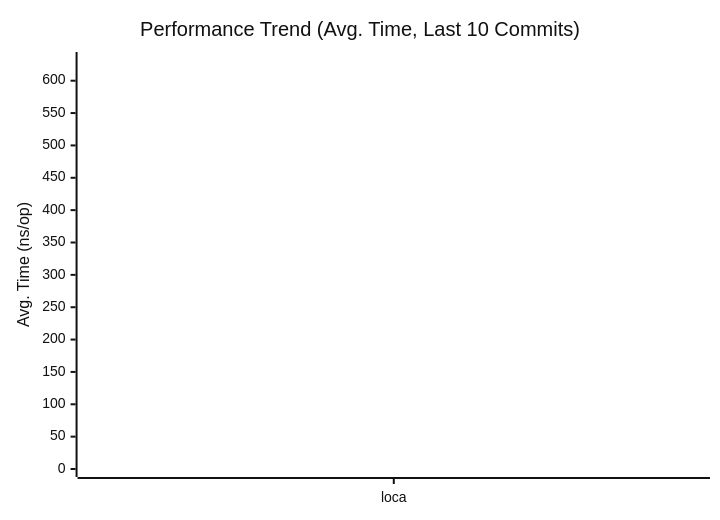
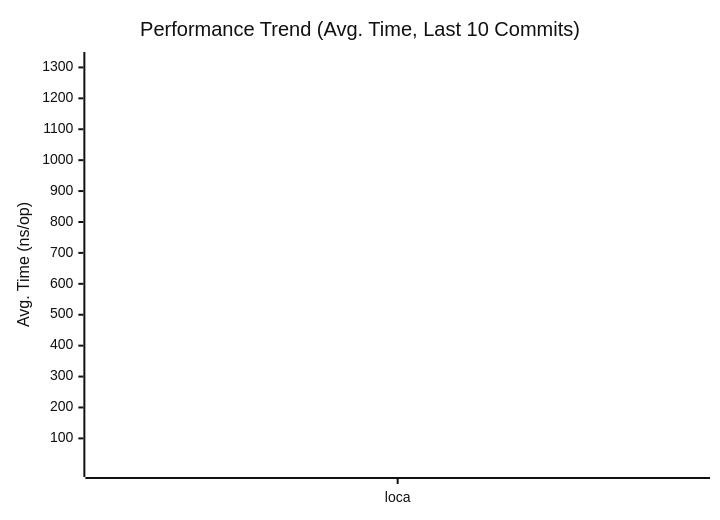
The first of 3 diagrams in docs/PERFORMANCE.md (alsotoes/momo), drawn with Mermaid (neutral theme) before and after one commit. The commit also changed other lines of this file and 14 other files, not shown here.

````diff
--- a/docs/PERFORMANCE.md
+++ b/docs/PERFORMANCE.md
@@ -80,16 +80,16 @@
 ```mermaid
 xychart-beta
     title "Performance Trend (Avg. Time, Last 10 Commits)"
     x-axis "Commit"
     y-axis "Avg. Time (ns/op)"
     x-axis [loca]
-    line "CheckMetricsAndSwap" [7,6,6,7,7,6,8,6,7,8]
-    line "CrushOptimized" [264,255,245,263,280,255,293,317,328,303]
-    line "CrushOriginal" [362,367,368,359,367,362,401,371,410,402]
-    line "IndexDirectTracking" [0,0,0,0,0,0,0,0,0,0]
-    line "IndexSearch" [3,3,3,3,3,3,3,3,3,3]
-    line "LoadGlobalConfig" [632,613,599,626,637,616,649,706,747,716]
-    line "PadString" [2,2,2,2,2,2,2,2,2,2]
+    line "CheckMetricsAndSwap" [19,6,6,6,7,14,7,6,6,7]
+    line "CrushOptimized" [528,260,279,265,295,618,264,255,245,263]
+    line "CrushOriginal" [1101,375,388,399,426,831,362,367,368,359]
+    line "IndexDirectTracking" [1,0,0,0,0,1,0,0,0,0]
+    line "IndexSearch" [4,3,2,3,3,4,3,3,3,3]
+    line "LoadGlobalConfig" [1324,681,613,619,815,1442,632,613,599,626]
+    line "PadString" [2,2,2,2,2,3,2,2,2,2]
     line "ParseReplicationOrder_NoPrealloc" [350,349,357,354,345,225,229,165,232,234]
     line "ParseReplicationOrder_Prealloc" [229,231,237,234,229,108,107,80,110,109]
 ```
````
